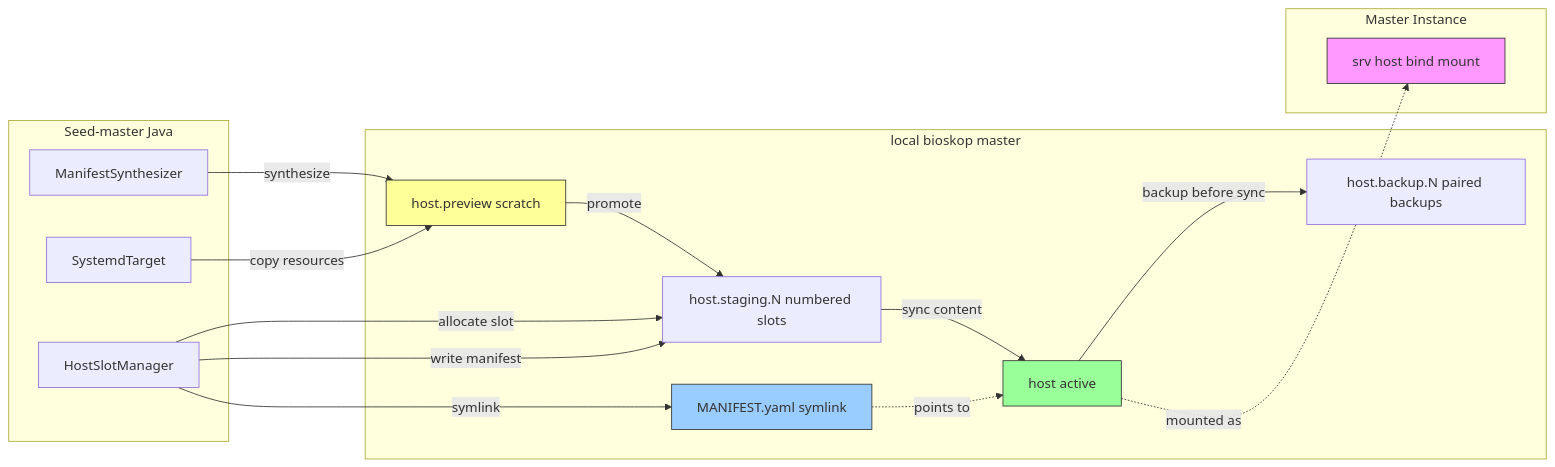
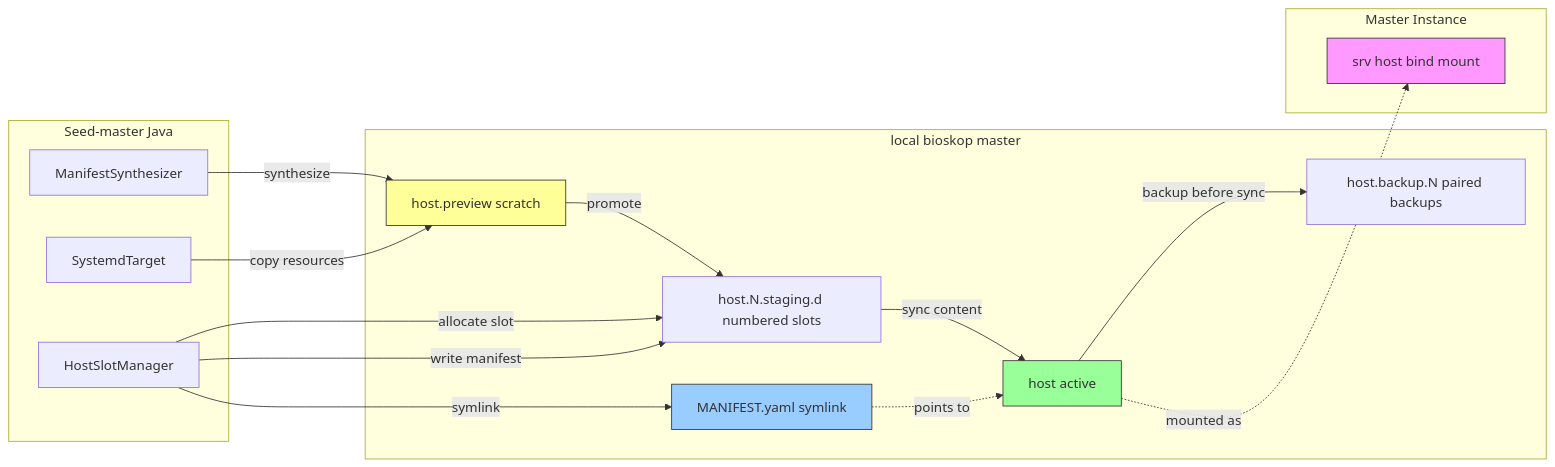
The second of 2 diagrams in docs/architecture/systemd/host-slot-management.adoc (nxmatic/rke2lab), drawn with Mermaid before and after one commit. The commit also changed other lines of this file and 15 other files, not shown here.

```diff
--- a/docs/architecture/systemd/host-slot-management.adoc
+++ b/docs/architecture/systemd/host-slot-management.adoc
@@ -295,37 +295,37 @@
 [mermaid]
 ----
 graph LR
     subgraph "Seed-master Java"
         A["ManifestSynthesizer"]
         B["SystemdTarget"]
         C["HostSlotManager"]
     end
 
     subgraph "local bioskop master"
         D["host.preview scratch"]
-        E["host.staging.N numbered slots"]
+        E["host.N.staging.d numbered slots"]
         F["host active"]
         G["MANIFEST.yaml symlink"]
         H["host.backup.N paired backups"]
     end
 
     subgraph "Master Instance"
         I["srv host bind mount"]
     end
 
     A -->|"synthesize"| D
     B -->|"copy resources"| D
     C -->|"allocate slot"| E
     D -->|"promote"| E
     C -->|"write manifest"| E
     F -->|"backup before sync"| H
     E -->|"sync content"| F
     C -->|"symlink"| G
     G -.->|"points to"| F
     F -.->|"mounted as"| I
 
     style D fill:#ff9,stroke:#333
     style F fill:#9f9,stroke:#333
     style G fill:#9cf,stroke:#333
     style I fill:#f9f,stroke:#333
 ----
```
